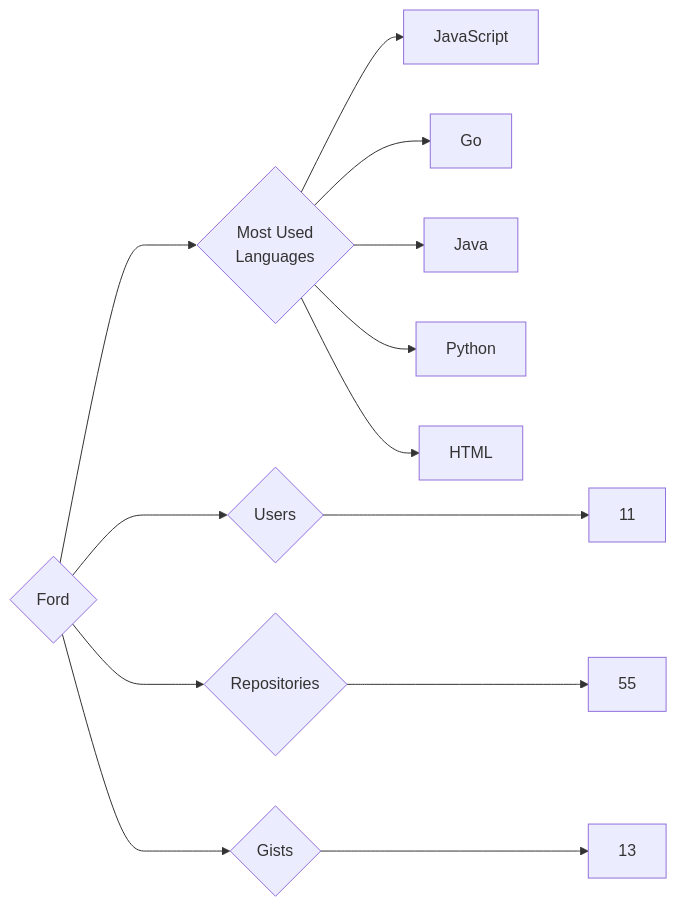
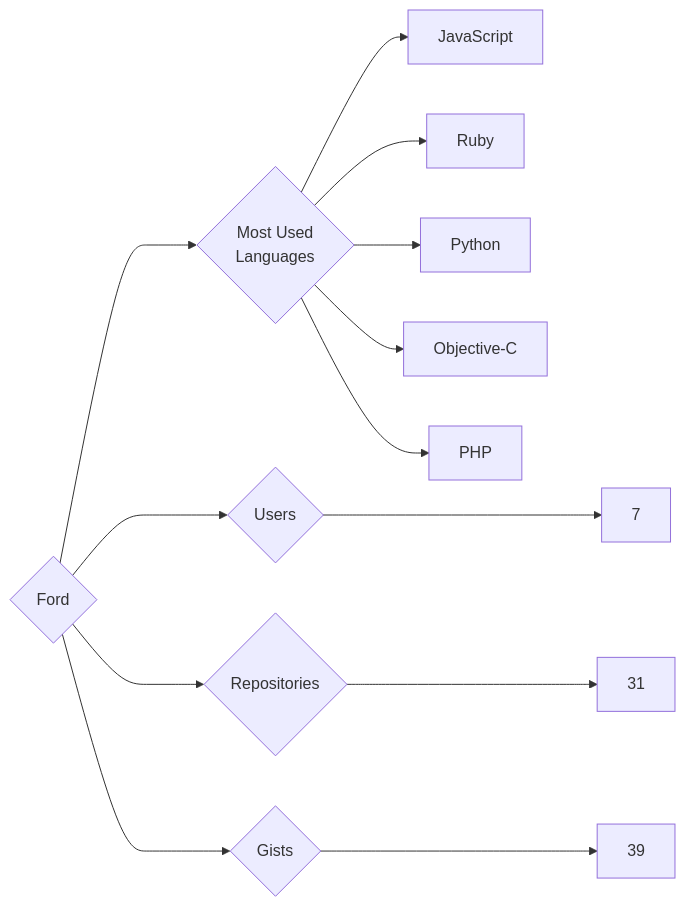
One commit to trickest/insiders changed the diagram in targets/Ford/README.md. Above: the diagram before and after it, drawn with Mermaid. The commit also changed 815 other files, not shown here.

````diff
--- a/targets/Ford/README.md
+++ b/targets/Ford/README.md
@@ -3,13 +3,13 @@
 ```mermaid
 graph LR
 COMPANY_NAME{Ford}
-COMPANY_NAME ---> U{Users} ---> UN[11]
-COMPANY_NAME ---> R{Repositories} ---> RN[55]
-COMPANY_NAME ---> G{Gists} ---> GN[13]
+COMPANY_NAME ---> U{Users} ---> UN[7]
+COMPANY_NAME ---> R{Repositories} ---> RN[31]
+COMPANY_NAME ---> G{Gists} ---> GN[39]
 COMPANY_NAME ---> ML{Most Used<br>Languages}
 ML --> JavaScript[JavaScript]
-ML --> Go[Go]
-ML --> Java[Java]
+ML --> Ruby[Ruby]
 ML --> Python[Python]
-ML --> HTML[HTML]
+ML --> Objective-C[Objective-C]
+ML --> PHP[PHP]
 ```
````
